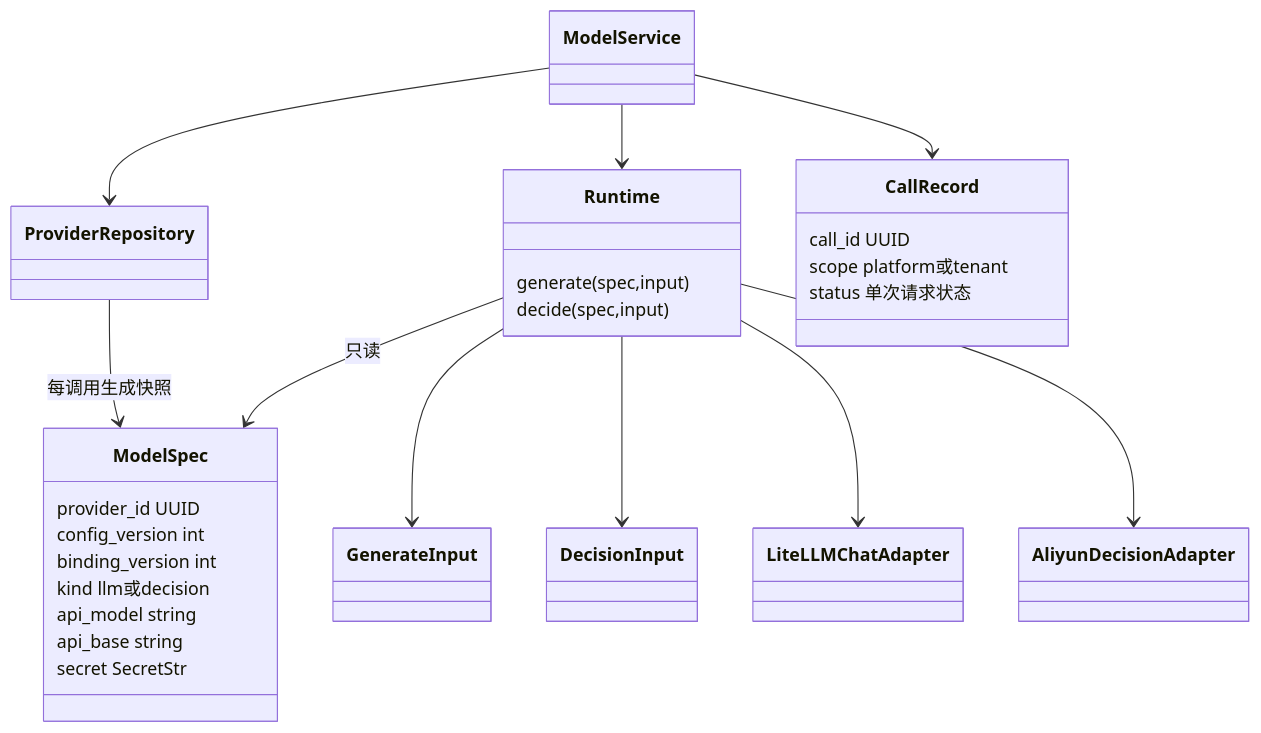
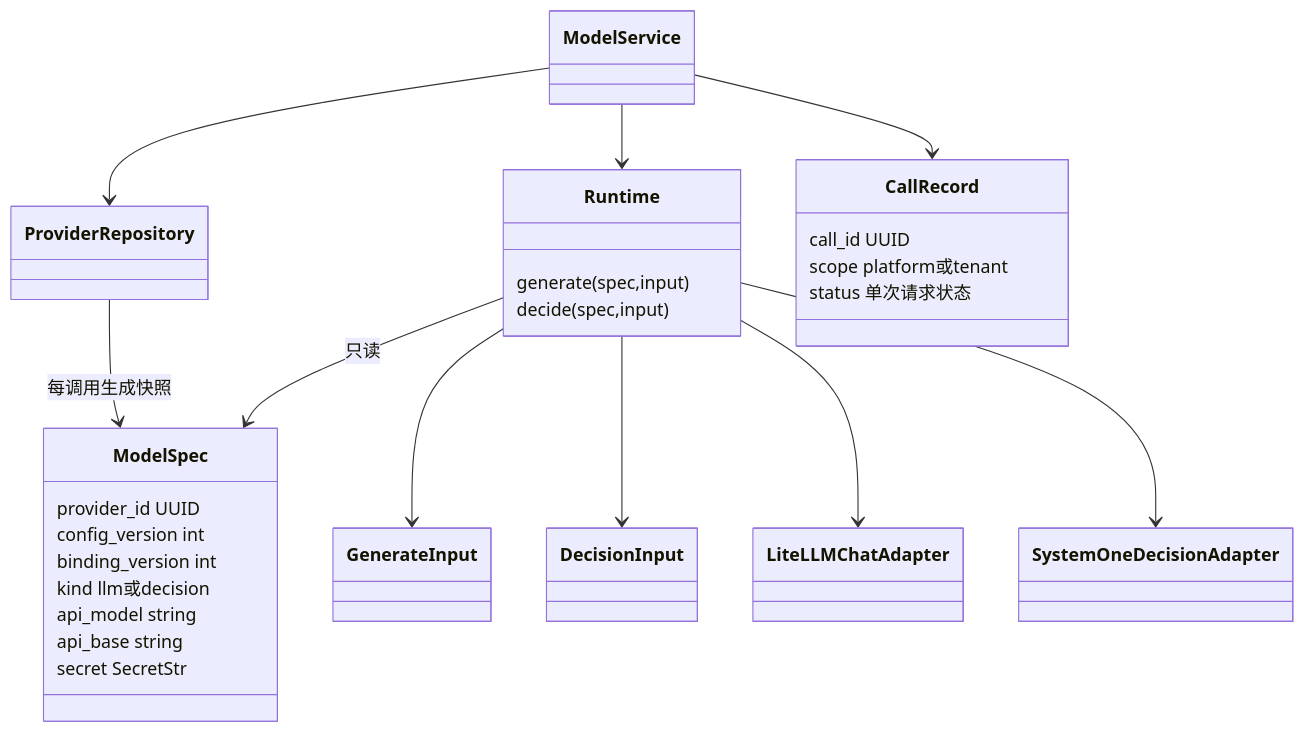
One commit to RuiLu007/compass changed the diagram in mai-specs/993-lesson-11-llm-runtime/design/CODE_DESIGN.md. Above: the diagram before and after it, drawn with Mermaid. The commit also changed other lines of this file and 340 other files, not shown here.

````diff
--- a/mai-specs/993-lesson-11-llm-runtime/design/CODE_DESIGN.md
+++ b/mai-specs/993-lesson-11-llm-runtime/design/CODE_DESIGN.md
@@ -9,24 +11,24 @@
 ```mermaid
 classDiagram
   ModelService --> ProviderRepository
   ModelService --> Runtime
   ModelService --> CallRecord
   ProviderRepository --> ModelSpec : 每调用生成快照
   Runtime --> ModelSpec : 只读
   Runtime --> GenerateInput
   Runtime --> DecisionInput
   Runtime --> LiteLLMChatAdapter
-  Runtime --> AliyunDecisionAdapter
+  Runtime --> SystemOneDecisionAdapter
   ModelSpec : provider_id UUID
   ModelSpec : config_version int
   ModelSpec : binding_version int
   ModelSpec : kind llm或decision
   ModelSpec : api_model string
   ModelSpec : api_base string
   ModelSpec : secret SecretStr
   Runtime : generate(spec,input)
   Runtime : decide(spec,input)
   CallRecord : call_id UUID
   CallRecord : scope platform或tenant
   CallRecord : status 单次请求状态
 ```
````
